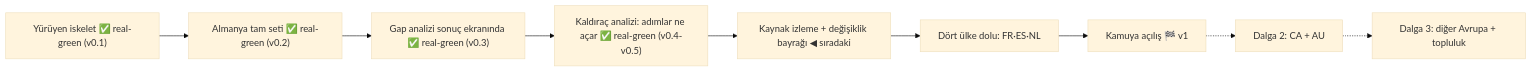
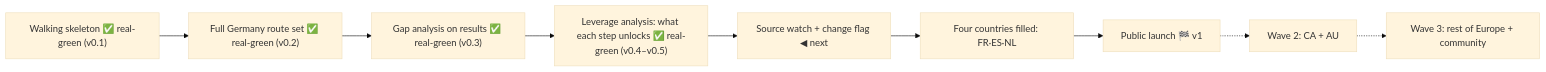
Before and after one commit to OytunOnal/permit-rulebook: the diagram in KANBAN.md, drawn with Mermaid (base theme). The commit also changed other lines of this file and 4 other files, not shown here.

Commit message:
steward-3 adoption: English ledgers (STATUS/KANBAN/ARCHITECTURE translated), s4 scenario drafted under new rules

````diff
--- a/KANBAN.md
+++ b/KANBAN.md
@@ -8,11 +8,11 @@
 ```mermaid
 flowchart LR
-    A["Yürüyen iskelet ✅ real-green (v0.1)"] --> B["Almanya tam seti ✅ real-green (v0.2)"]
-    B --> C["Gap analizi sonuç ekranında ✅ real-green (v0.3)"]
-    C --> C2["Kaldıraç analizi: adımlar ne açar ✅ real-green (v0.4-v0.5)"]
-    C2 --> D["Kaynak izleme + değişiklik bayrağı ◀ sıradaki"]
-    D --> E["Dört ülke dolu: FR·ES·NL"]
-    E --> F["Kamuya açılış 🏁 v1"]
-    F -.-> G["Dalga 2: CA + AU"]
-    G -.-> H["Dalga 3: diğer Avrupa + topluluk"]
+    A["Walking skeleton ✅ real-green (v0.1)"] --> B["Full Germany route set ✅ real-green (v0.2)"]
+    B --> C["Gap analysis on results ✅ real-green (v0.3)"]
+    C --> C2["Leverage analysis: what each step unlocks ✅ real-green (v0.4–v0.5)"]
+    C2 --> D["Source watch + change flag ◀ next"]
+    D --> E["Four countries filled: FR·ES·NL"]
+    E --> F["Public launch 🏁 v1"]
+    F -.-> G["Wave 2: CA + AU"]
+    G -.-> H["Wave 3: rest of Europe + community"]
 ```
````
